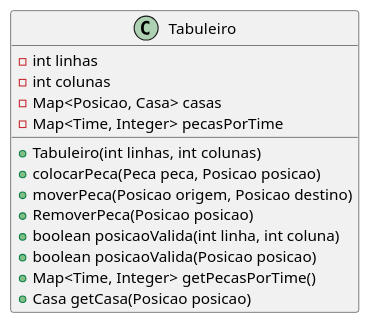
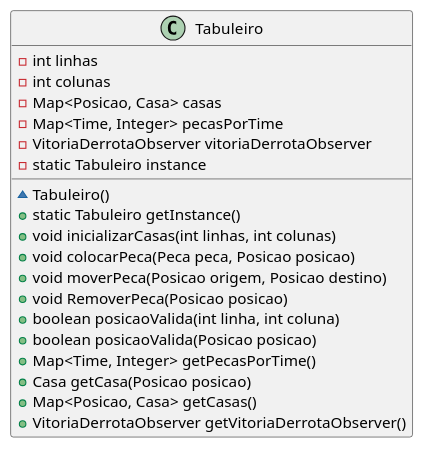
Before and after one commit to 20242-ifba-saj-ads-ppr/framework-equipe5: the diagram in src/main/java/br/com/frameworkPpr/xadrez/board/estruturaTabuleiro.puml, drawn with PlantUML. The commit also changed 6 other files, not shown here.

```diff
--- a/src/main/java/br/com/frameworkPpr/xadrez/board/estruturaTabuleiro.puml
+++ b/src/main/java/br/com/frameworkPpr/xadrez/board/estruturaTabuleiro.puml
@@ -1,19 +1,25 @@
 @startuml
 skinparam linetype ortho
 
 class Tabuleiro {
     - int linhas
     - int colunas
     - Map<Posicao, Casa> casas
     - Map<Time, Integer> pecasPorTime
-    + Tabuleiro(int linhas, int colunas)
-    + colocarPeca(Peca peca, Posicao posicao)
-    + moverPeca(Posicao origem, Posicao destino)
-    + RemoverPeca(Posicao posicao)
+    - VitoriaDerrotaObserver vitoriaDerrotaObserver
+    - static Tabuleiro instance
+    ~ Tabuleiro()
+    + static Tabuleiro getInstance()
+    + void inicializarCasas(int linhas, int colunas)
+    + void colocarPeca(Peca peca, Posicao posicao)
+    + void moverPeca(Posicao origem, Posicao destino)
+    + void RemoverPeca(Posicao posicao)
     + boolean posicaoValida(int linha, int coluna)
     + boolean posicaoValida(Posicao posicao)
     + Map<Time, Integer> getPecasPorTime()
     + Casa getCasa(Posicao posicao)
+    + Map<Posicao, Casa> getCasas()
+    + VitoriaDerrotaObserver getVitoriaDerrotaObserver()
 }
 
 @enduml
```
